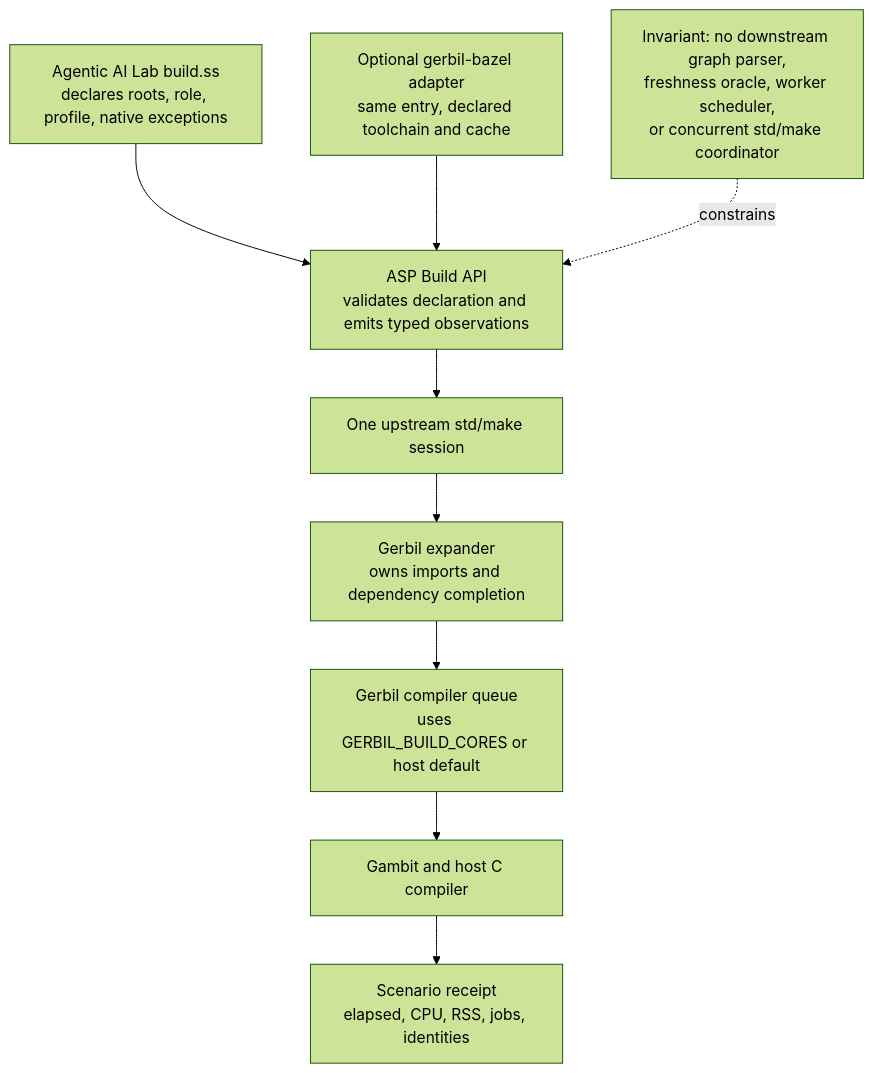
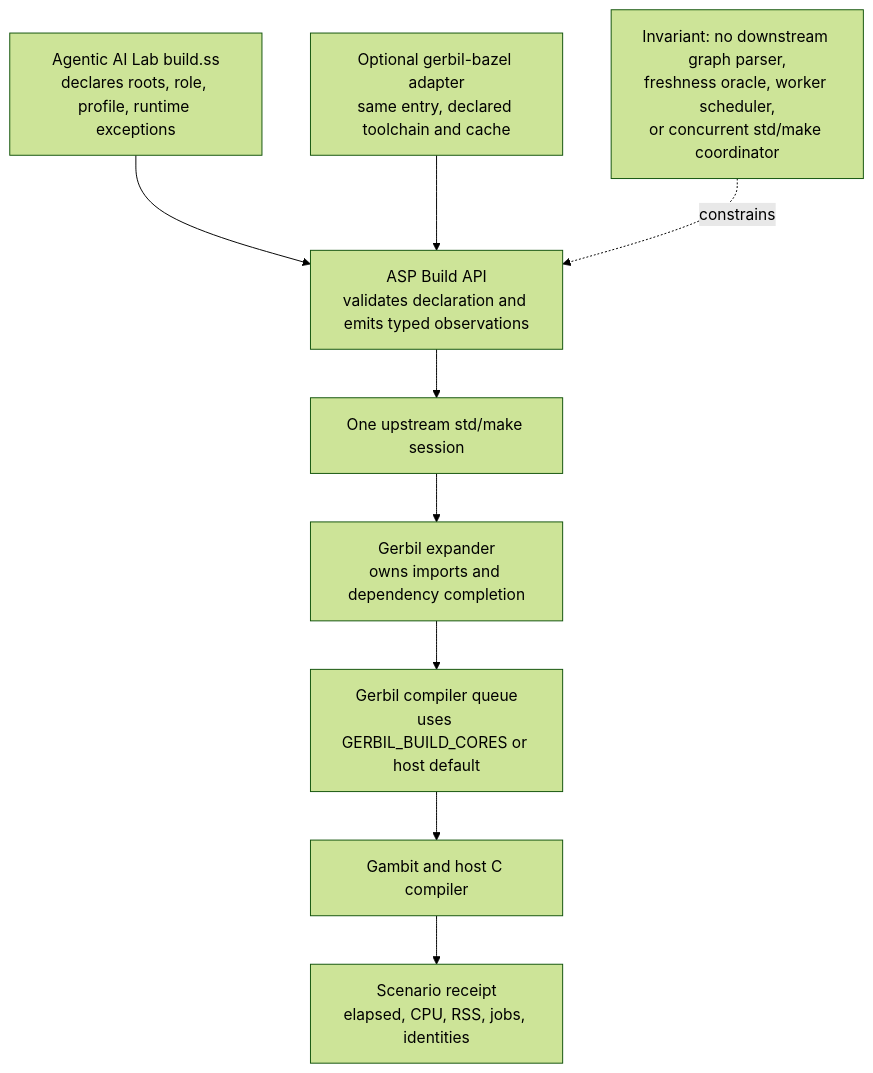
Before and after one commit to tao3k/gebril-yuanxu: the diagram in module-system/design/147-adaptive-scheme-build-guard/08-single-executor-control-flow.org, drawn with Mermaid (forest theme). The commit also changed other lines of this file and 1469 other files, not shown here.

First line of the commit message:
refactor: consolidate module runtime and build interfaces

```diff
--- a/module-system/design/147-adaptive-scheme-build-guard/08-single-executor-control-flow.org
+++ b/module-system/design/147-adaptive-scheme-build-guard/08-single-executor-control-flow.org
@@ -7,15 +7,15 @@
 #+begin_src mermaid
 flowchart TD
-  E["Agentic AI Lab build.ss<br/>declares roots, role, profile, native exceptions"]
+  E["Agentic AI Lab build.ss<br/>declares roots, role, profile, runtime exceptions"]
   A["ASP Build API<br/>validates declaration and emits typed observations"]
   M["One upstream std/make session"]
   I["Gerbil expander<br/>owns imports and dependency completion"]
   Q["Gerbil compiler queue<br/>uses GERBIL_BUILD_CORES or host default"]
   G["Gambit and host C compiler"]
   R["Scenario receipt<br/>elapsed, CPU, RSS, jobs, identities"]
   B["Optional gerbil-bazel adapter<br/>same entry, declared toolchain and cache"]
 
   E --> A --> M --> I --> Q --> G --> R
   B --> A
   Z["Invariant: no downstream graph parser,<br/>freshness oracle, worker scheduler,<br/>or concurrent std/make coordinator"] -. constrains .-> A
 #+end_src
```
